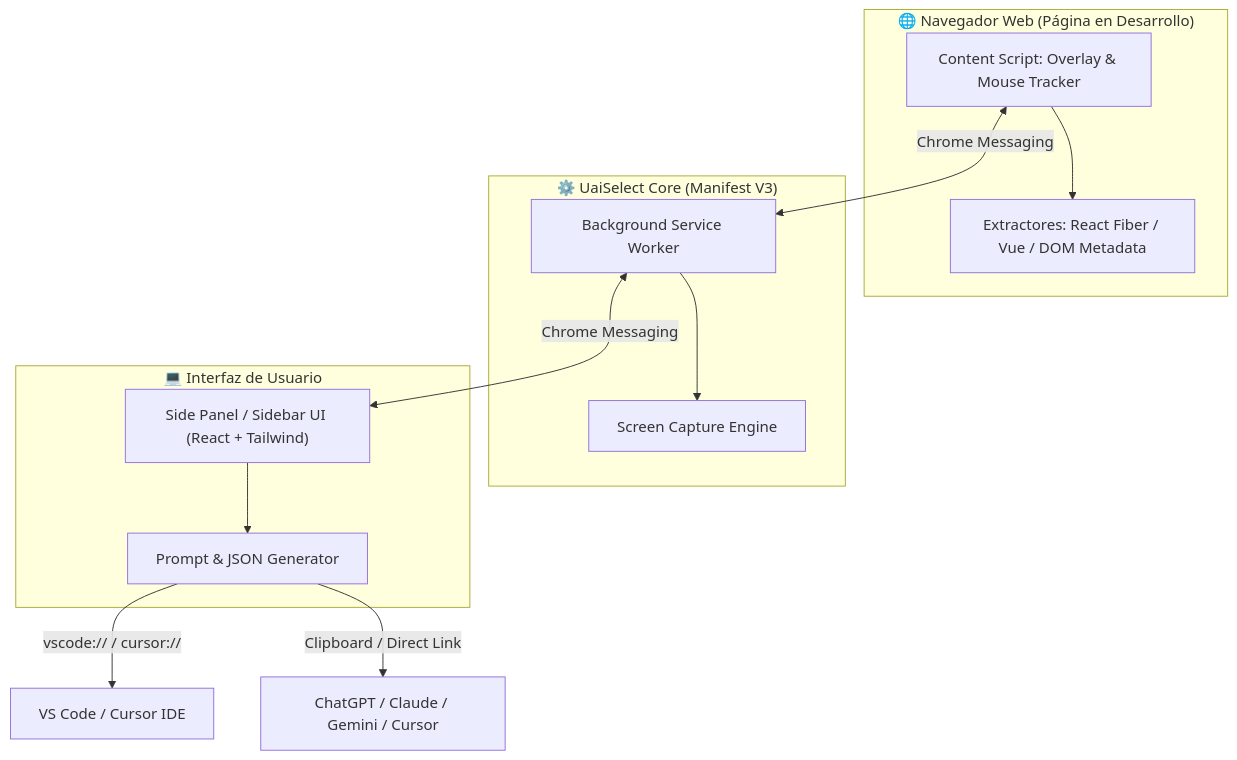
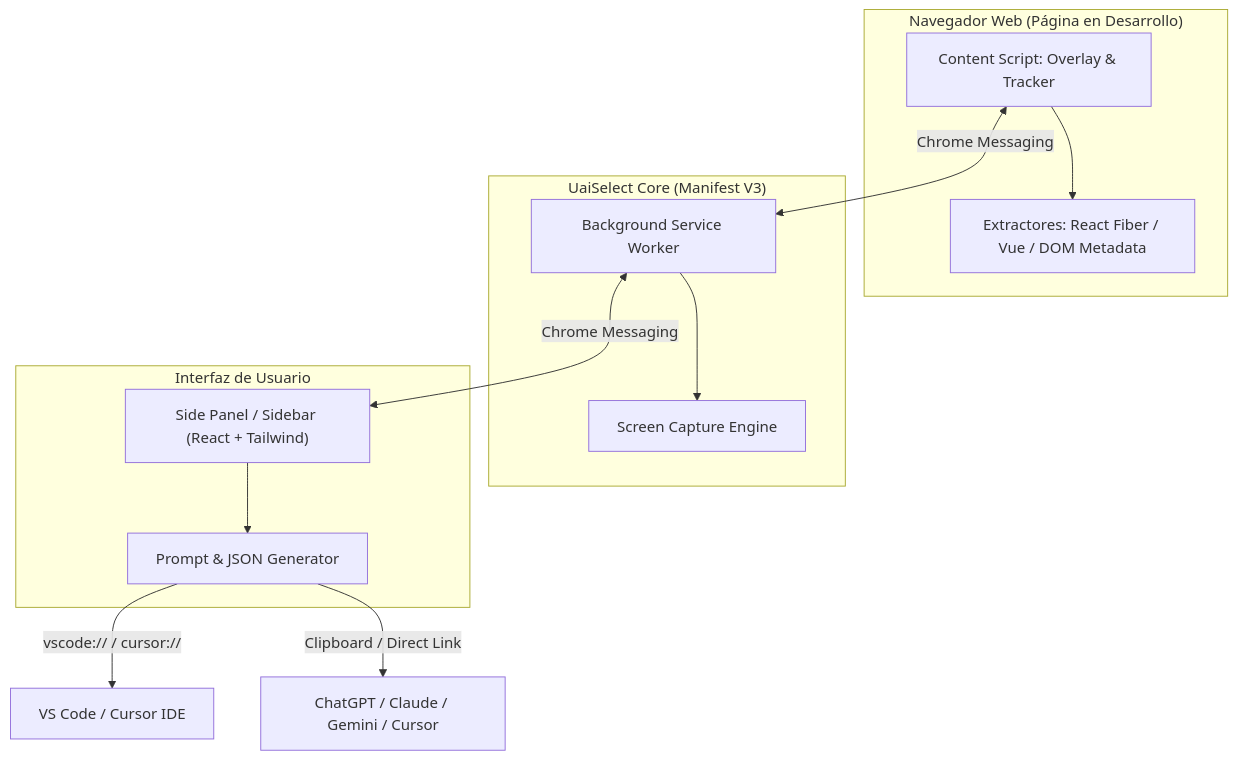
One commit to Dearxia1/UaiSelect changed the third of 3 diagrams in README.md. Above: the diagram before and after it, drawn with Mermaid. The commit also changed other lines of this file, not shown here.

````diff
--- a/README.md
+++ b/README.md
@@ -65,25 +65,25 @@
 ```mermaid
 graph TD
-    subgraph Browser["🌐 Navegador Web (Página en Desarrollo)"]
-        CS["Content Script: Overlay & Mouse Tracker"]
+    subgraph Browser["Navegador Web (Página en Desarrollo)"]
+        CS["Content Script: Overlay & Tracker"]
         EXTR["Extractores: React Fiber / Vue / DOM Metadata"]
         CS --> EXTR
     end
 
-    subgraph Core["⚙️ UaiSelect Core (Manifest V3)"]
+    subgraph Core["UaiSelect Core (Manifest V3)"]
         SW["Background Service Worker"]
         CAP["Screen Capture Engine"]
         SW --> CAP
     end
 
-    subgraph UI["💻 Interfaz de Usuario"]
-        SP["Side Panel / Sidebar UI (React + Tailwind)"]
+    subgraph UI["Interfaz de Usuario"]
+        SP["Side Panel / Sidebar (React + Tailwind)"]
         PG["Prompt & JSON Generator"]
         SP --> PG
     end
 
     CS <-->|Chrome Messaging| SW
     SW <-->|Chrome Messaging| SP
     PG -->|vscode:// / cursor://| IDE["VS Code / Cursor IDE"]
     PG -->|Clipboard / Direct Link| AI["ChatGPT / Claude / Gemini / Cursor"]
 ```
````
